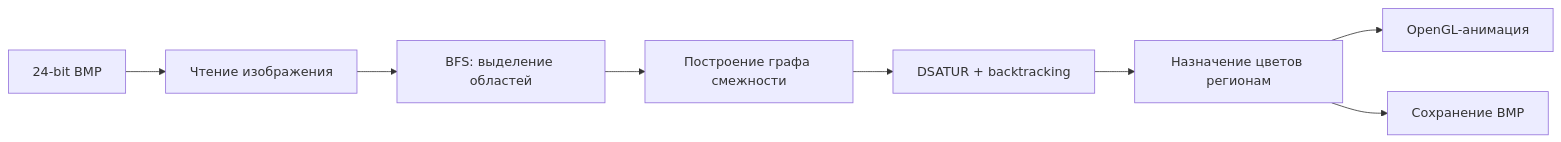
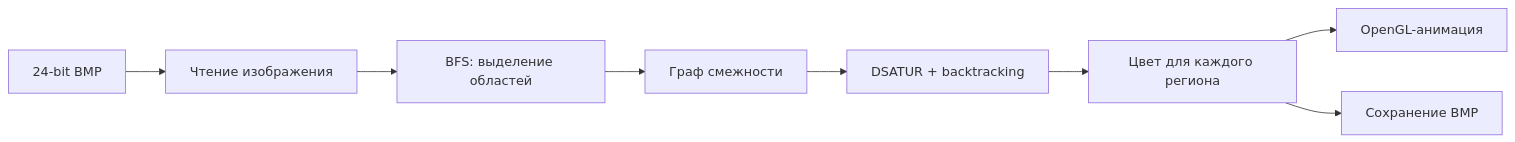
Before and after one commit to itzTrickster/map-coloring-dsatur: the diagram in README.md, drawn with Mermaid. The commit also changed other lines of this file, not shown here.

````diff
--- a/README.md
+++ b/README.md
@@ -22,10 +24,10 @@
 ```mermaid
 flowchart LR
     A[24-bit BMP] --> B[Чтение изображения]
     B --> C[BFS: выделение областей]
-    C --> D[Построение графа смежности]
+    C --> D[Граф смежности]
     D --> E[DSATUR + backtracking]
-    E --> F[Назначение цветов регионам]
+    E --> F[Цвет для каждого региона]
     F --> G[OpenGL-анимация]
     F --> H[Сохранение BMP]
 ```
````
